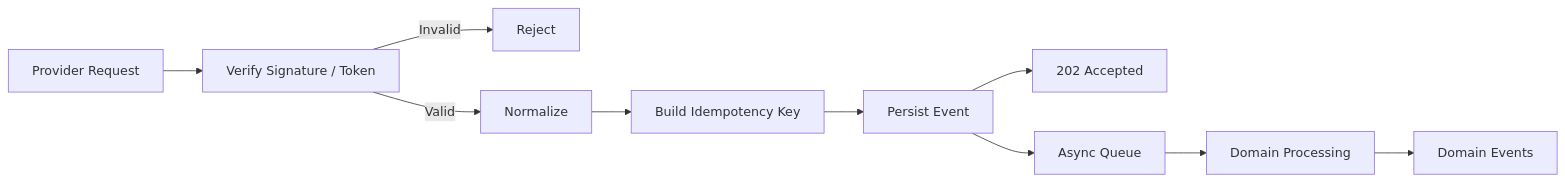
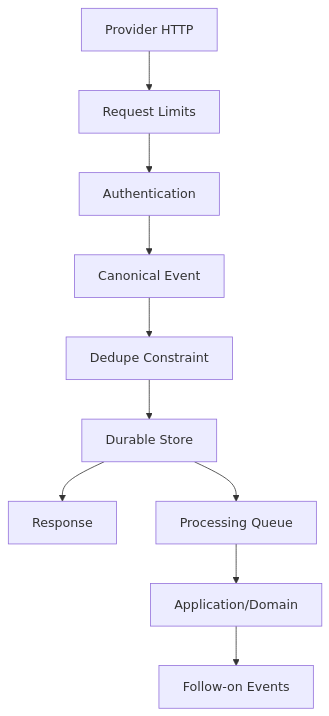
The diagram in docs/api/webhooks.md (D-engahmed/OMILINKS), drawn with Mermaid before and after one commit. The commit also changed other lines of this file and 2 other files, not shown here.

Commit message:
docs: deepen api authentication public api and webhook contracts

```diff
--- a/docs/api/webhooks.md
+++ b/docs/api/webhooks.md
@@ -9,12 +58,12 @@
 ~~~mermaid
-flowchart LR
-HTTP[Provider Request] --> VERIFY[Verify Signature / Token]
-VERIFY -->|Invalid| REJECT[Reject]
-VERIFY -->|Valid| NORMALIZE[Normalize]
-NORMALIZE --> DEDUPE[Build Idempotency Key]
-DEDUPE --> STORE[Persist Event]
-STORE --> ACK[202 Accepted]
-STORE --> QUEUE[Async Queue]
-QUEUE --> DOMAIN[Domain Processing]
-DOMAIN --> OUTBOX[Domain Events]
+flowchart TD
+HTTP[Provider HTTP] --> LIMIT[Request Limits]
+LIMIT --> VERIFY[Authentication]
+VERIFY --> NORMALIZE[Canonical Event]
+NORMALIZE --> DEDUPE[Dedupe Constraint]
+DEDUPE --> STORE[Durable Store]
+STORE --> ACK[Response]
+STORE --> QUEUE[Processing Queue]
+QUEUE --> DOMAIN[Application/Domain]
+DOMAIN --> OUTBOX[Follow-on Events]
 ~~~
```
